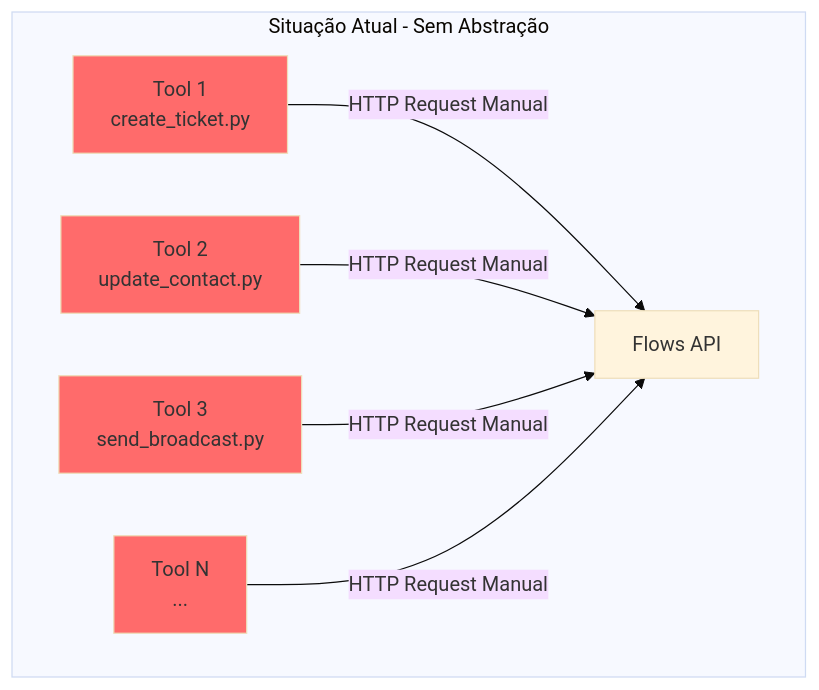
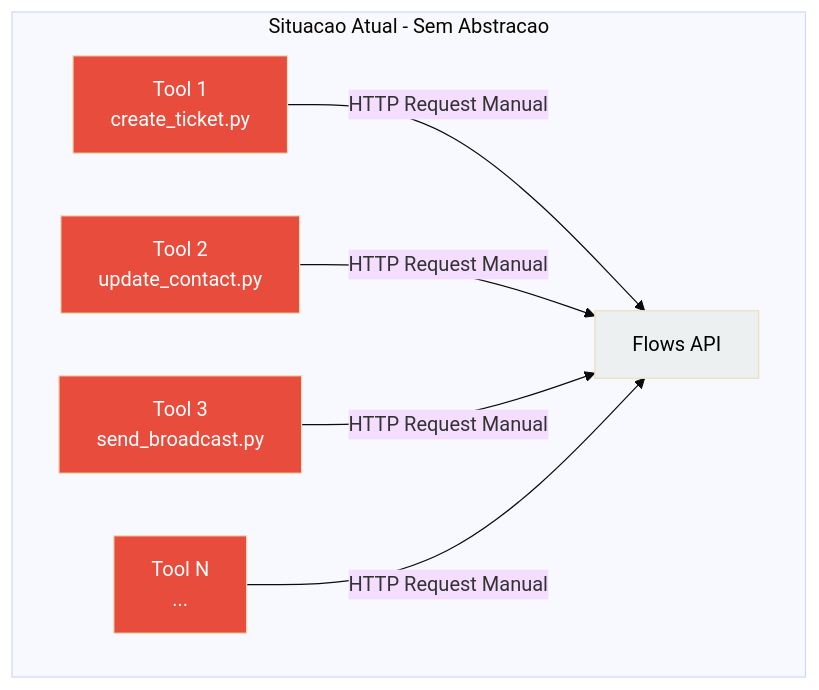
Before and after one commit to weni-ai/agents-toolkit: the first of 10 diagrams in docs/architecture/flows-integration-proposal.md, drawn with Mermaid (base theme). The commit also changed other lines of this file, not shown here.

````diff
--- a/docs/architecture/flows-integration-proposal.md
+++ b/docs/architecture/flows-integration-proposal.md
@@ -13,14 +13,15 @@
 ```mermaid
 flowchart TB
-    subgraph "Situação Atual - Sem Abstração"
+    subgraph "Situacao Atual - Sem Abstracao"
         T1[Tool 1<br/>create_ticket.py] --> |HTTP Request Manual| F[Flows API]
         T2[Tool 2<br/>update_contact.py] --> |HTTP Request Manual| F
         T3[Tool 3<br/>send_broadcast.py] --> |HTTP Request Manual| F
         T4[Tool N<br/>...] --> |HTTP Request Manual| F
     end
     
-    style T1 fill:#ff6b6b
-    style T2 fill:#ff6b6b
-    style T3 fill:#ff6b6b
-    style T4 fill:#ff6b6b
+    style T1 fill:#e74c3c,color:#fff
+    style T2 fill:#e74c3c,color:#fff
+    style T3 fill:#e74c3c,color:#fff
+    style T4 fill:#e74c3c,color:#fff
+    style F fill:#ecf0f1,color:#000
 ```
````
